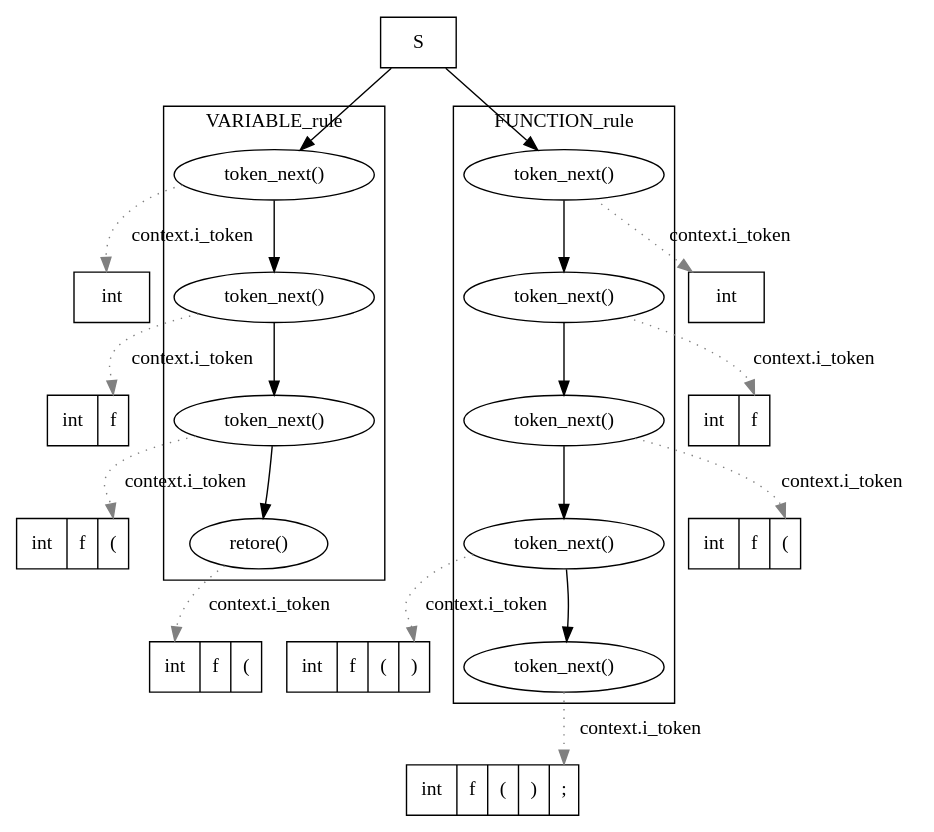
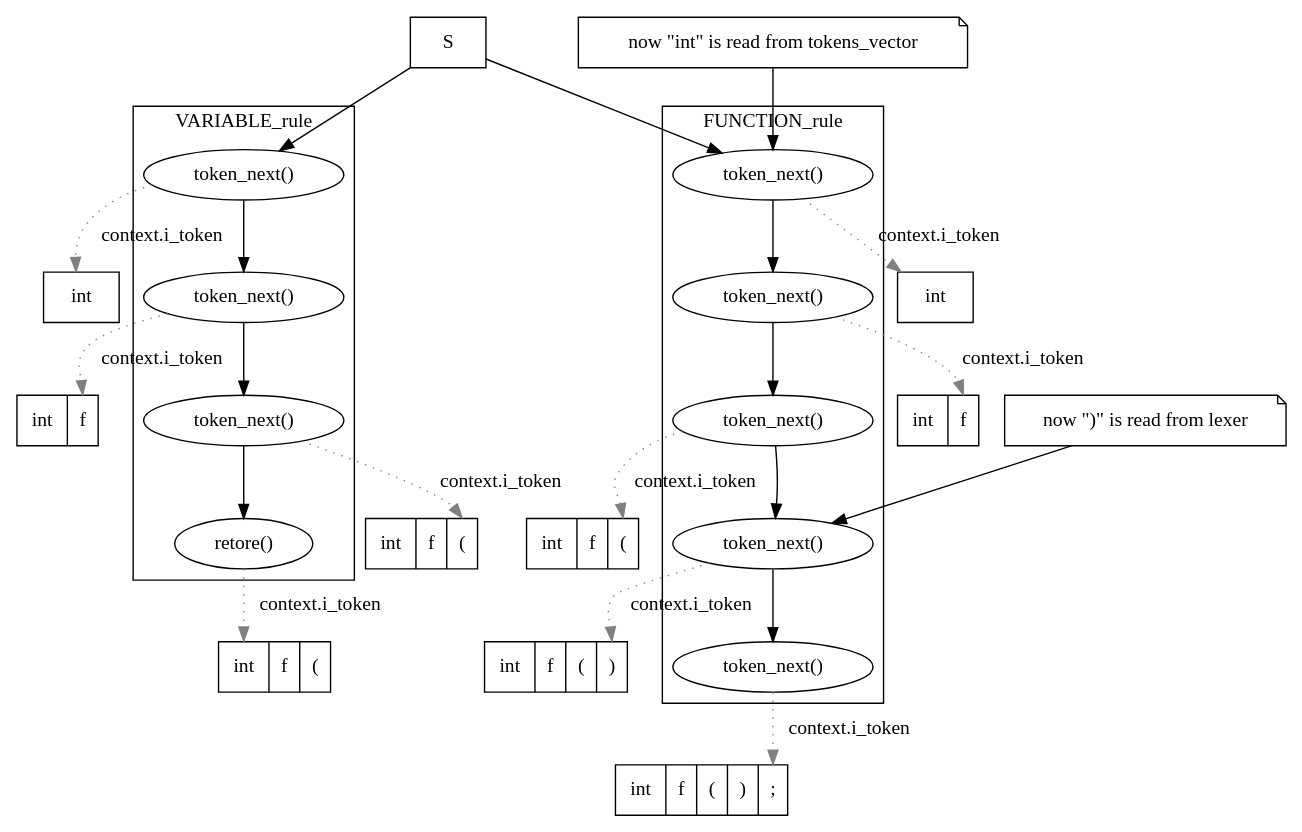
One commit to fructu/abidos_cpp_doc changed the diagram in programmer_manual/chapter_parsing/token_next_buffer_01.dot. Above: the diagram before and after it, drawn with Graphviz. The commit also changed 1 other file, not shown here.

Commit message:
work in parsing tokens_vector

```diff
--- a/programmer_manual/chapter_parsing/token_next_buffer_01.dot
+++ b/programmer_manual/chapter_parsing/token_next_buffer_01.dot
@@ -1,60 +1,65 @@
 digraph stack_01 {
 //x,y
 //	size="4,10!";
 
 	node [shape = record];
 
   s [label="S"];
 
   s1 [label="<p>int"];
   s2 [label="int|<p>f}"];
   s3 [label="int|f|<p>("];
   s4 [label="<p>int|f|("];
 
   t1 [label=" token_next()", shape = "ellipse"];
   t2 [label=" token_next()", shape = "ellipse"];
   t3 [label=" token_next()", shape = "ellipse"];
   t4 [label=" retore()",     shape = "ellipse"];
 
   rankdir=TB;
   subgraph cluster_variable_rule {
     label="VARIABLE_rule";
     t1->t2;
     t2->t3;
-    t3->t4;    
+    t3->t4;
   }
 
   sf1 [label="<p>int"];
   sf2 [label="int|<p>f"];
   sf3 [label="int|f|<p>("];
   sf4 [label="int|f|(|<p>)"];
-  sf5 [label="int|f|(|)|<p>;"];  
+  sf5 [label="int|f|(|)|<p>;"];
 
   tf1 [label=" token_next()", shape = "ellipse"];
+  tf1_note [label="now \"int\" is read from tokens_vector", shape = "note"];
   tf2 [label=" token_next()", shape = "ellipse"];
   tf3 [label=" token_next()", shape = "ellipse"];
   tf4 [label=" token_next()", shape = "ellipse"];
-  tf5 [label=" token_next()", shape = "ellipse"];    
-  
+  tf4_note [label="now \")\" is read from lexer", shape = "note"];
+  tf5 [label=" token_next()", shape = "ellipse"];
+
   subgraph cluster_function_rule {
     label="FUNCTION_rule";
     tf1->tf2;
     tf2->tf3;
     tf3->tf4;
     tf4->tf5;
   }
 
   s->t1;
   s->tf1;
 
   t1->s1:p [label="context.i_token"  , color = "gray", style="dotted"];
   t2->s2:p [label="context.i_token"  , color = "gray", style="dotted"];
   t3->s3:p [label="context.i_token"  , color = "gray", style="dotted"];
   t4->s4:p [label="context.i_token"  , color = "gray", style="dotted"];
 
   tf1->sf1:p [label="context.i_token"  , color = "gray", style="dotted"];
   tf2->sf2:p [label="context.i_token"  , color = "gray", style="dotted"];
   tf3->sf3:p [label="context.i_token"  , color = "gray", style="dotted"];
   tf4->sf4:p [label="context.i_token"  , color = "gray", style="dotted"];
   tf5->sf5:p [label="context.i_token"  , color = "gray", style="dotted"];
+
+  tf1_note -> tf1;
+  tf4_note -> tf4;
 }
```
